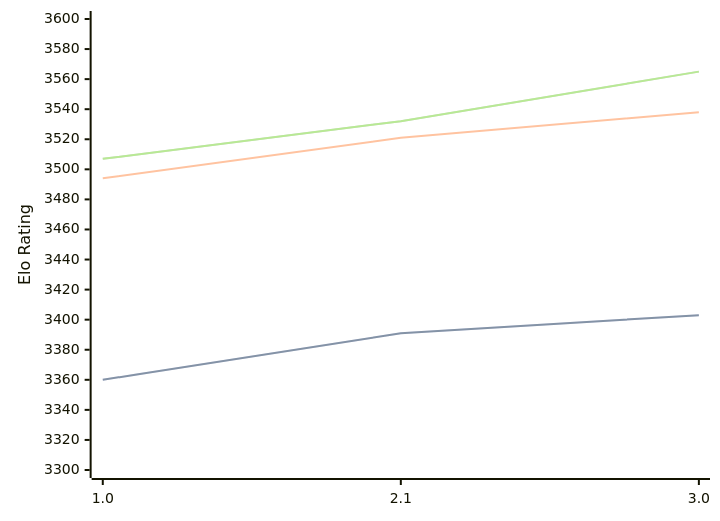
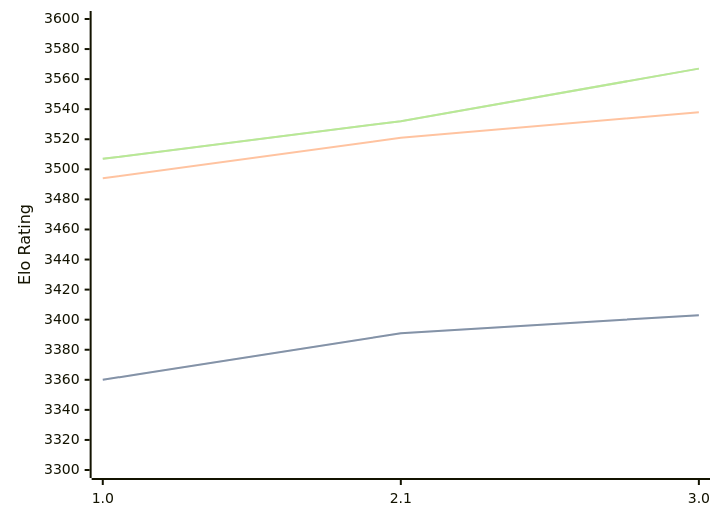
The diagram in engines/Hobbes.md (computer-chess-index/cci), drawn with Mermaid before and after one commit. The commit also changed other lines of this file, not shown here.

Commit message:
Update CCI Ratings (ELO VLTC) - 2026-08-16

````diff
--- a/engines/Hobbes.md
+++ b/engines/Hobbes.md
@@ -33,11 +33,11 @@
 ```mermaid
 %%{init: {"theme":"base","themeVariables":{"seriesColors:['#a3a3a3','#222221','#faa371']}}}%%
 xychart-beta
   x-axis ["1.0", "2.1", "3.0"]
   y-axis "Elo Rating" 3300 --> 3600
   line "STC (8.0+0.08s)" [3360, 3391, 3403]
   line "STC (8.0+0.08s)" [3360, 3391, 3403]
   line "LTC (60.0+0.60s)" [3494, 3521, 3538]
-  line "VLTC (2m24s+1.12s)" [3507, 3532, 3565]
-  line "VLTC (2m24s+1.12s)" [3507, 3532, 3565]
+  line "VLTC (2m24s+1.12s)" [3507, 3532, 3567]
+  line "VLTC (2m24s+1.12s)" [3507, 3532, 3567]
 ```
````
